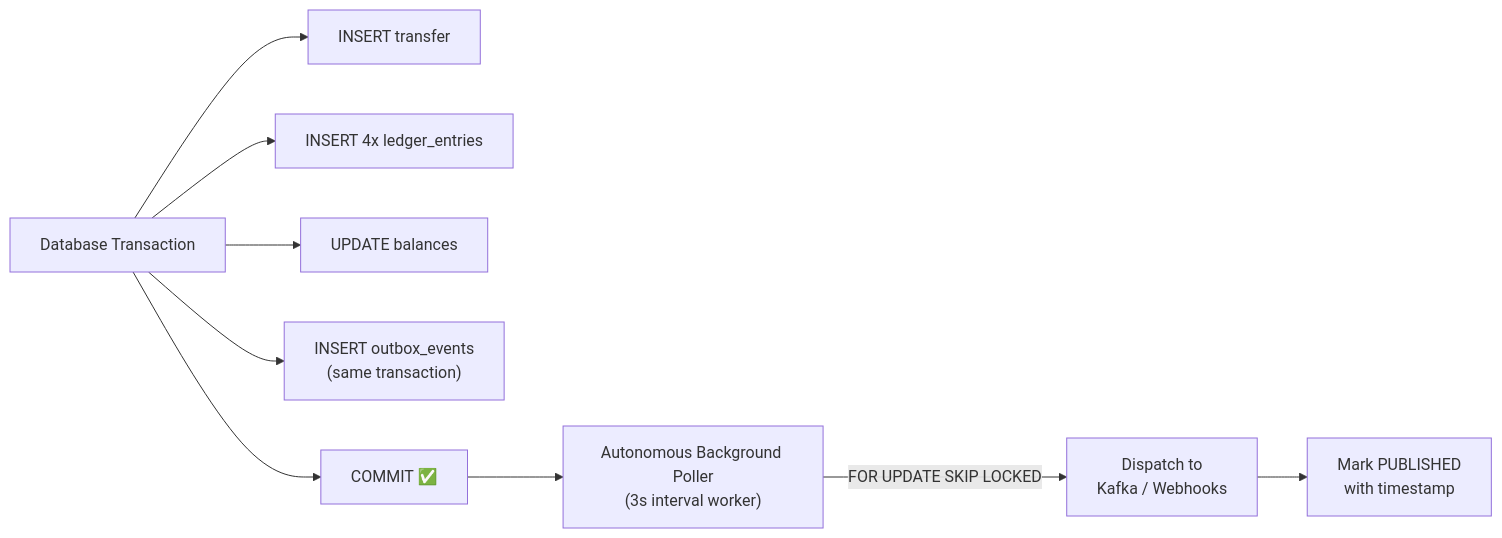
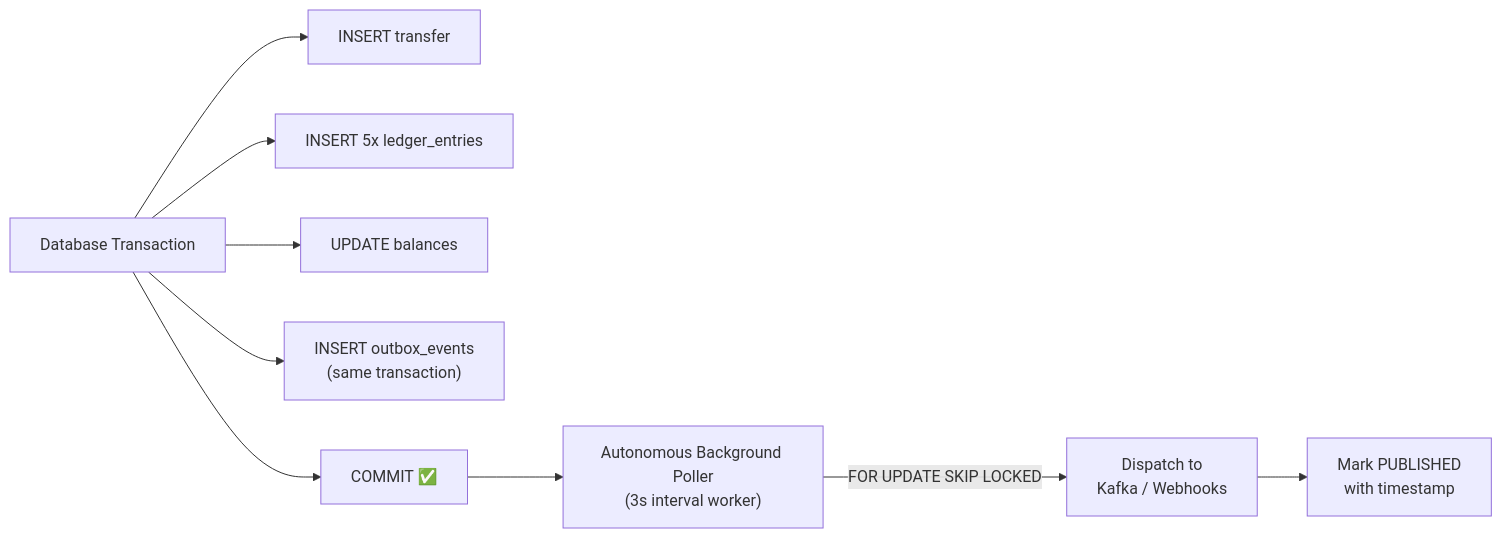
One commit to Sanskar2298/digitalwallet- changed the fourth of 4 diagrams in README.md. Above: the diagram before and after it, drawn with Mermaid. The commit also changed other lines of this file, not shown here.

Commit message:
docs: clean up README, align diagrams with 5-entry fee flow, fix formatting and roadmap

````diff
--- a/README.md
+++ b/README.md
@@ -185,12 +203,12 @@
 ```mermaid
 flowchart LR
     TX["Database Transaction"] --> Transfer["INSERT transfer"]
-    TX --> Ledger["INSERT 4x ledger_entries"]
+    TX --> Ledger["INSERT 5x ledger_entries"]
     TX --> Balance["UPDATE balances"]
     TX --> Outbox["INSERT outbox_events\n(same transaction)"]
     TX --> Commit["COMMIT ✅"]
 
     Commit --> Poller["Autonomous Background Poller\n(3s interval worker)"]
     Poller -->|"FOR UPDATE SKIP LOCKED"| Dispatch["Dispatch to\nKafka / Webhooks"]
     Dispatch --> Published["Mark PUBLISHED\nwith timestamp"]
 ```
````
